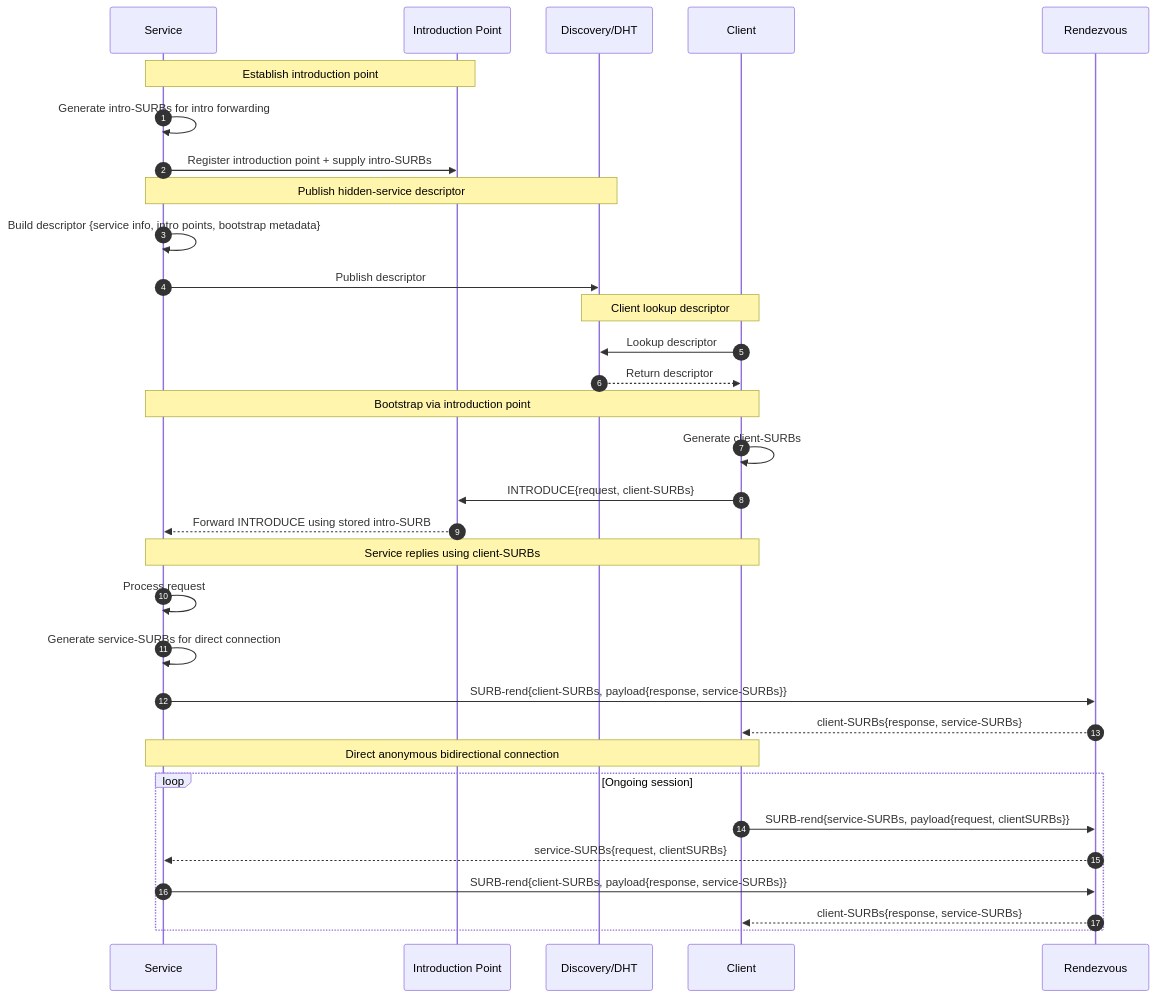
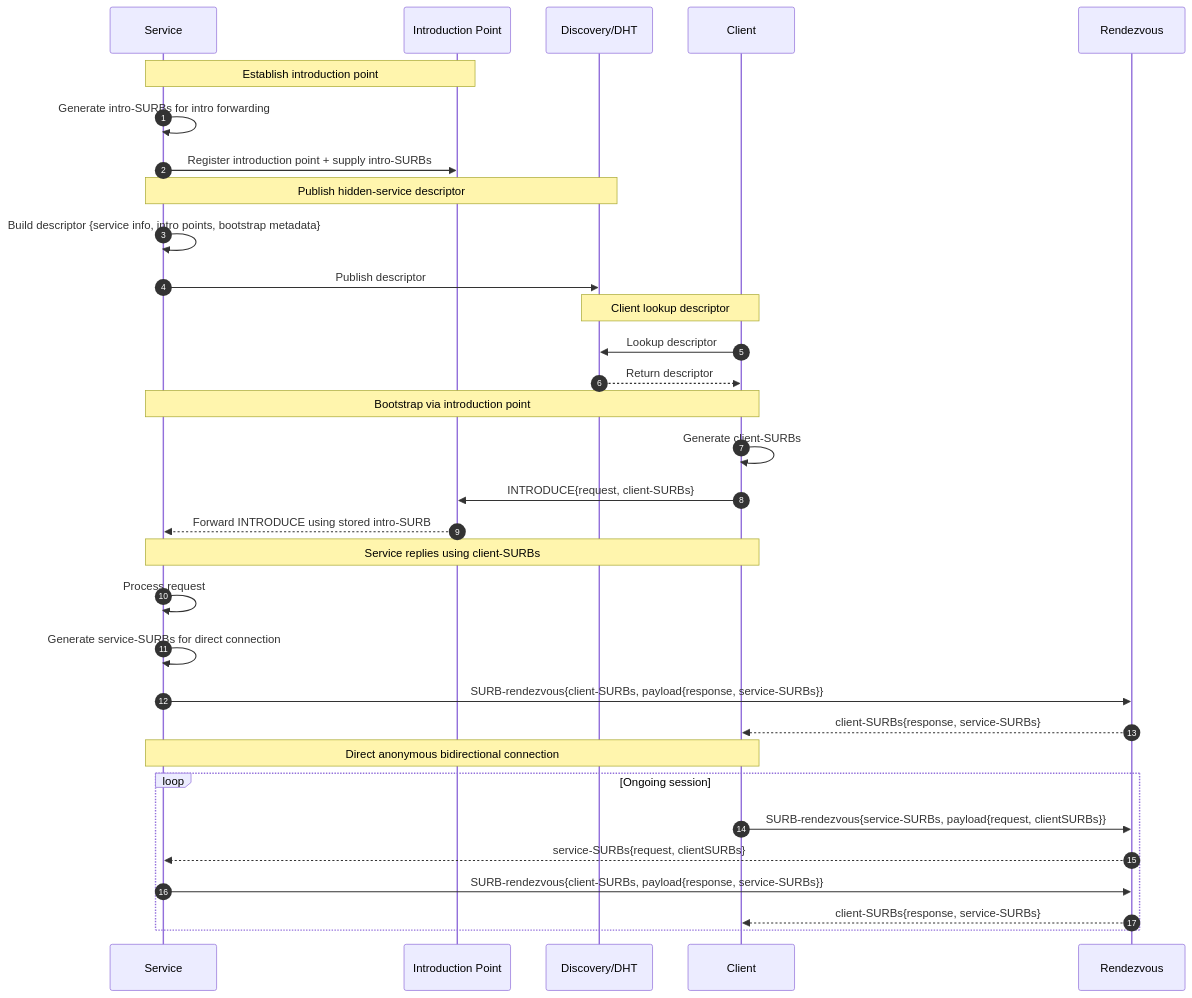
The diagram in docs/anoncomms/raw/mix-hidden-service.md (logos-co/logos-lips), drawn with Mermaid before and after one commit. The commit also changed other lines of this file, not shown here.

Commit message:
fix: SURB-rendezvous connection

````diff
--- a/docs/anoncomms/raw/mix-hidden-service.md
+++ b/docs/anoncomms/raw/mix-hidden-service.md
@@ -215,40 +217,40 @@
 ```mermaid
 sequenceDiagram
     autonumber
     participant S as Service
     participant IP as Introduction Point
     participant Disc as Discovery/DHT
     participant C as Client
     participant R as Rendezvous
 
     Note over S,IP: Establish introduction point
     S->>S: Generate intro-SURBs for intro forwarding
     S->>IP: Register introduction point + supply intro-SURBs
 
     Note over S,Disc: Publish hidden-service descriptor
     S->>S: Build descriptor {service info, intro points, bootstrap metadata}
     S->>Disc: Publish descriptor
 
     Note over C,Disc: Client lookup descriptor
     C->>Disc: Lookup descriptor 
     Disc-->>C: Return descriptor
 
     Note over C,S: Bootstrap via introduction point
     C->>C: Generate client-SURBs
     C->>IP: INTRODUCE{request, client-SURBs}
     IP-->>S: Forward INTRODUCE using stored intro-SURB
 
     Note over S,C: Service replies using client-SURBs
     S->>S: Process request
     S->>S: Generate service-SURBs for direct connection
-    S->>R: SURB-rend{client-SURBs, payload{response, service-SURBs}}
+    S->>R: SURB-rendezvous{client-SURBs, payload{response, service-SURBs}}
     R-->>C: client-SURBs{response, service-SURBs}
 
     Note over C,S: Direct anonymous bidirectional connection
     loop Ongoing session
-        C->>R: SURB-rend{service-SURBs, payload{request, clientSURBs}}
+        C->>R: SURB-rendezvous{service-SURBs, payload{request, clientSURBs}}
         R-->>S: service-SURBs{request, clientSURBs}
-        S->>R: SURB-rend{client-SURBs, payload{response, service-SURBs}}
+        S->>R: SURB-rendezvous{client-SURBs, payload{response, service-SURBs}}
         R-->>C: client-SURBs{response, service-SURBs}
     end
 ```
````
